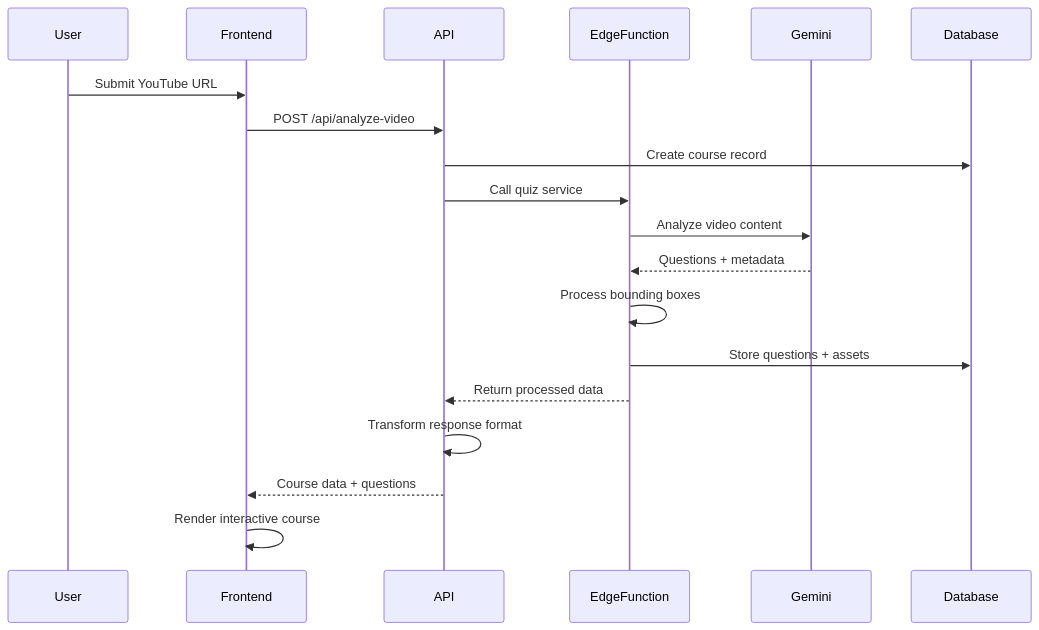
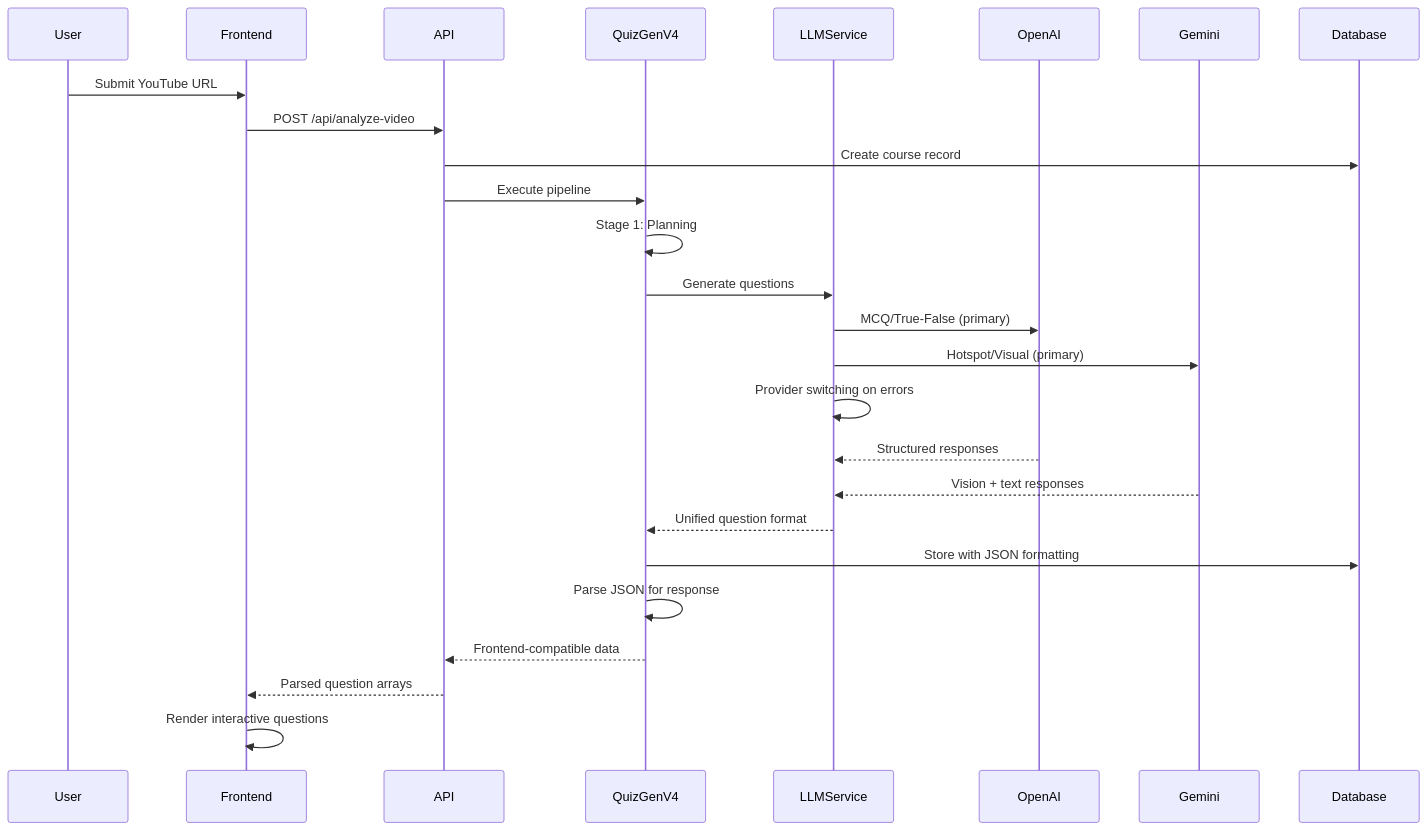
The second of 3 diagrams in COURSE_GENERATION_PIPELINE.md (jfuginay/coursebuild), drawn with Mermaid before and after one commit. The commit also changed other lines of this file and 36 other files, not shown here.

````diff
--- a/COURSE_GENERATION_PIPELINE.md
+++ b/COURSE_GENERATION_PIPELINE.md
@@ -86,22 +156,33 @@
 ```mermaid
 sequenceDiagram
     participant User
     participant Frontend
     participant API
-    participant EdgeFunction
+    participant QuizGenV4
+    participant LLMService
+    participant OpenAI
     participant Gemini
     participant Database
     
     User->>Frontend: Submit YouTube URL
     Frontend->>API: POST /api/analyze-video
     API->>Database: Create course record
-    API->>EdgeFunction: Call quiz service
-    EdgeFunction->>Gemini: Analyze video content
-    Gemini-->>EdgeFunction: Questions + metadata
-    EdgeFunction->>EdgeFunction: Process bounding boxes
-    EdgeFunction->>Database: Store questions + assets
-    EdgeFunction-->>API: Return processed data
-    API->>API: Transform response format
-    API-->>Frontend: Course data + questions
-    Frontend->>Frontend: Render interactive course
+    API->>QuizGenV4: Execute pipeline
+    
+    QuizGenV4->>QuizGenV4: Stage 1: Planning
+    QuizGenV4->>LLMService: Generate questions
+    
+    LLMService->>OpenAI: MCQ/True-False (primary)
+    LLMService->>Gemini: Hotspot/Visual (primary)
+    LLMService->>LLMService: Provider switching on errors
+    
+    OpenAI-->>LLMService: Structured responses
+    Gemini-->>LLMService: Vision + text responses
+    
+    LLMService-->>QuizGenV4: Unified question format
+    QuizGenV4->>Database: Store with JSON formatting
+    QuizGenV4->>QuizGenV4: Parse JSON for response
+    QuizGenV4-->>API: Frontend-compatible data
+    API-->>Frontend: Parsed question arrays
+    Frontend->>Frontend: Render interactive questions
 ```
````
